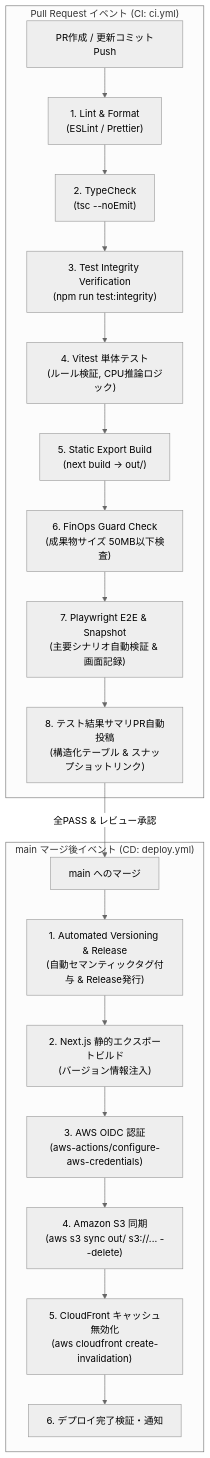
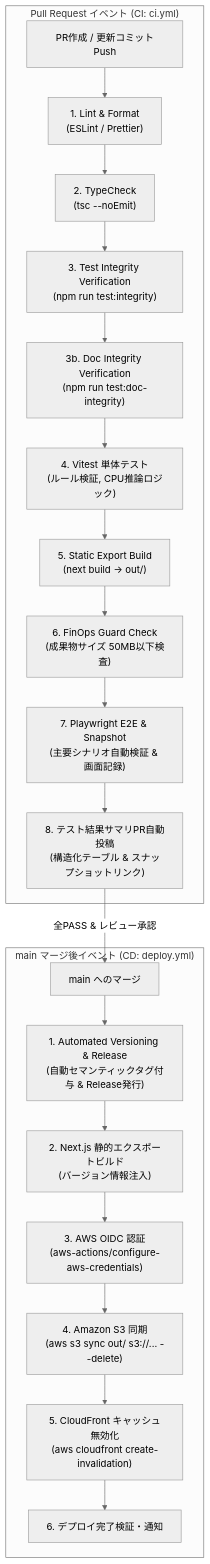
The diagram in docs/design/sre/cicd-pipeline.md (dandelion0016/algo), drawn with Mermaid (neutral theme) before and after one commit. The commit also changed other lines of this file and 9 other files, not shown here.

````diff
--- a/docs/design/sre/cicd-pipeline.md
+++ b/docs/design/sre/cicd-pipeline.md
@@ -32,24 +35,25 @@
 ```mermaid
 flowchart TD
     subgraph PullRequest["Pull Request イベント (CI: ci.yml)"]
         PR["PR作成 / 更新コミットPush"] --> Step1["1. Lint & Format<br>(ESLint / Prettier)"]
         Step1 --> Step2["2. TypeCheck<br>(tsc --noEmit)"]
         Step2 --> Step3["3. Test Integrity Verification<br>(npm run test:integrity)"]
-        Step3 --> Step4["4. Vitest 単体テスト<br>(ルール検証, CPU推論ロジック)"]
+        Step3 --> Step3b["3b. Doc Integrity Verification<br>(npm run test:doc-integrity)"]
+        Step3b --> Step4["4. Vitest 単体テスト<br>(ルール検証, CPU推論ロジック)"]
         Step4 --> Step5["5. Static Export Build<br>(next build -> out/)"]
         Step5 --> Step6["6. FinOps Guard Check<br>(成果物サイズ 50MB以下検査)"]
         Step6 --> Step7["7. Playwright E2E & Snapshot<br>(主要シナリオ自動検証 & 画面記録)"]
         Step7 --> Step8["8. テスト結果サマリPR自動投稿<br>(構造化テーブル & スナップショットリンク)"]
     end
 
     subgraph MergeMain["main マージ後イベント (CD: deploy.yml)"]
         Merge["main へのマージ"] --> CD_Tag["1. Automated Versioning & Release<br>(自動セマンティックタグ付与 & Release発行)"]
         CD_Tag --> CD_Build["2. Next.js 静的エクスポートビルド<br>(バージョン情報注入)"]
         CD_Build --> CD_OIDC["3. AWS OIDC 認証<br>(aws-actions/configure-aws-credentials)"]
         CD_OIDC --> CD_S3Sync["4. Amazon S3 同期<br>(aws s3 sync out/ s3://... --delete)"]
         CD_S3Sync --> CD_CFInvalidate["5. CloudFront キャッシュ無効化<br>(aws cloudfront create-invalidation)"]
         CD_CFInvalidate --> CD_Notify["6. デプロイ完了検証・通知"]
     end
 
     Step8 -->|全PASS & レビュー承認| Merge
 ```
````
